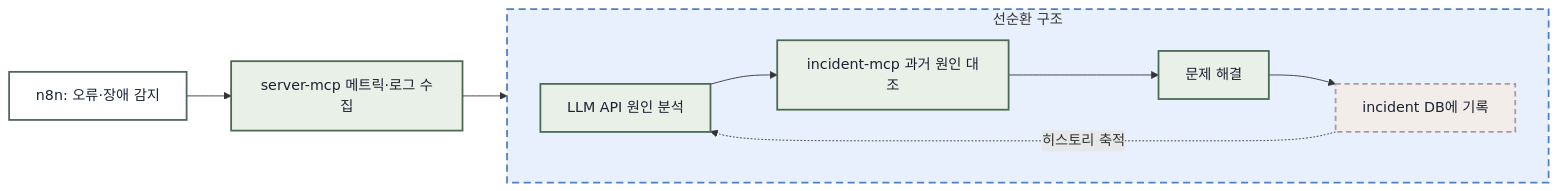
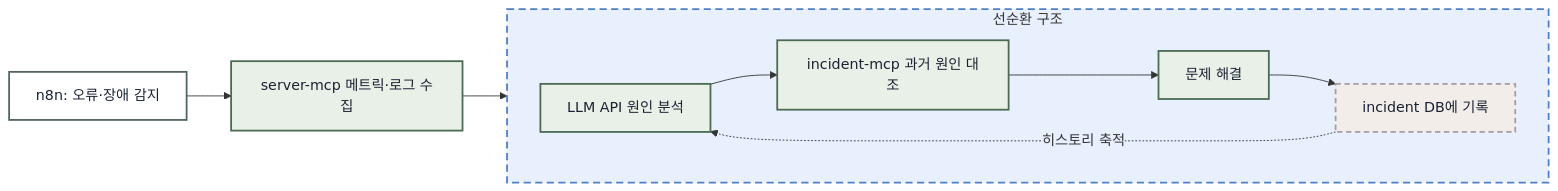
The diagram in assets/docs/ops-response-flow.mmd (leaf-nam/portfolio), drawn with Mermaid before and after one commit.

Commit message:
style: edge label background matches cycle box

```diff
--- a/assets/docs/ops-response-flow.mmd
+++ b/assets/docs/ops-response-flow.mmd
@@ -1,20 +1,21 @@
+%%{init: {"themeVariables": {"edgeLabelBackground": "#e8f0fe"}}}%%
 flowchart LR
     %% 장애 대응 흐름 + 선순환 구분 (초안)
     %% 미리보기: https://mermaid.live 에 붙여넣기
     TR["n8n: 오류·장애 감지"] --> C["server-mcp 메트릭·로그 수집"] --> L
     subgraph CYCLE["선순환 구조"]
         direction LR
         L["LLM API 원인 분석"]
         L --> I["incident-mcp 과거 원인 대조"]
         I --> S["문제 해결"]
         S --> R["incident DB에 기록"]
         R -. "히스토리 축적" .-> L
     end
     classDef step fill:#e9f0e7,stroke:#4a6a53,stroke-width:2px,color:#1a2233
     classDef rec fill:#f2ede9,stroke:#a99aa3,stroke-width:2px,stroke-dasharray:6 4,color:#1a2233
     classDef cyclebox fill:#e8f0fe,stroke:#4f7fc4,stroke-width:2px,stroke-dasharray:8 5
     classDef trig fill:#ffffff,stroke:#51655c,stroke-width:2px,color:#1a2233
     class C,L,I,S step
     class R rec
     class TR trig
     class CYCLE cyclebox
```
